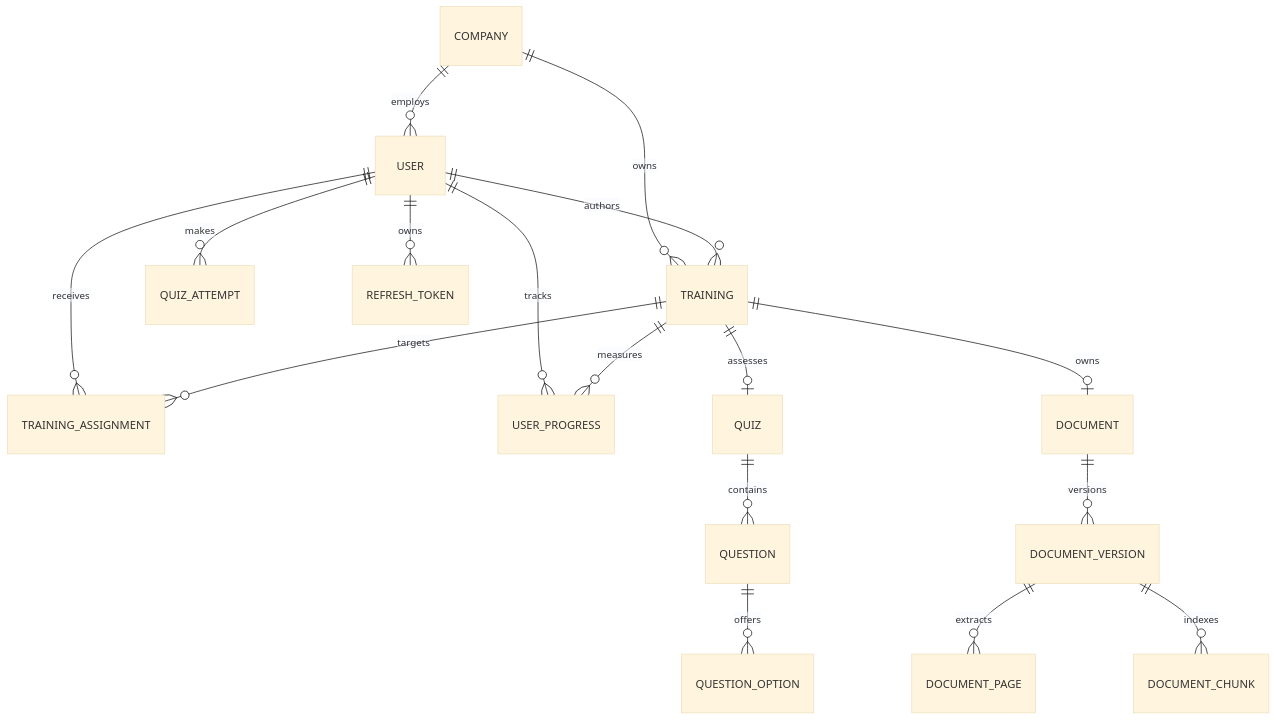
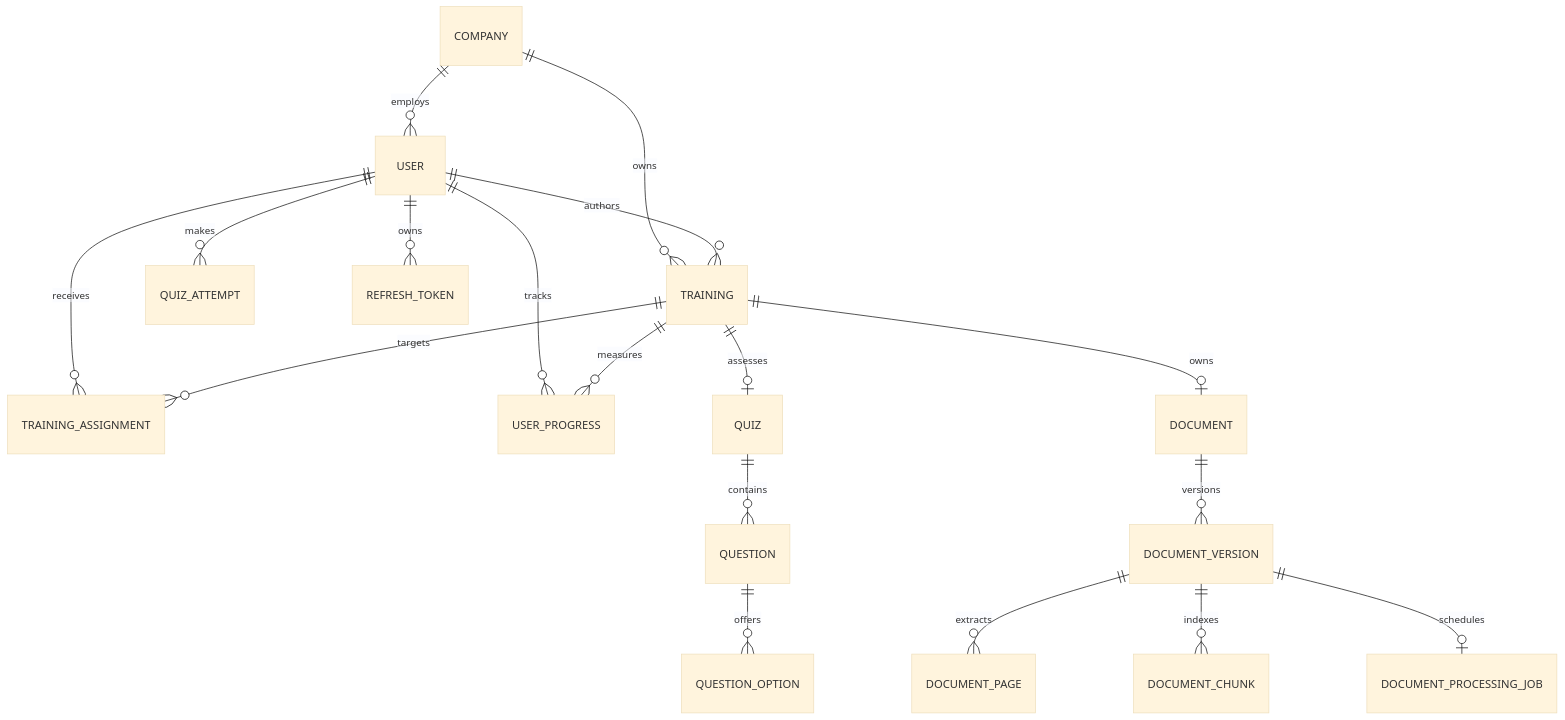
One commit to Leandrosp9/webapp-workflix changed the diagram in docs/database.md. Above: the diagram before and after it, drawn with Mermaid (base theme). The commit also changed other lines of this file and 23 other files, not shown here.

````diff
--- a/docs/database.md
+++ b/docs/database.md
@@ -9,20 +9,21 @@
 ```mermaid
 erDiagram
     COMPANY ||--o{ USER : employs
     COMPANY ||--o{ TRAINING : owns
     USER ||--o{ TRAINING : authors
     USER ||--o{ TRAINING_ASSIGNMENT : receives
     TRAINING ||--o{ TRAINING_ASSIGNMENT : targets
     USER ||--o{ USER_PROGRESS : tracks
     TRAINING ||--o{ USER_PROGRESS : measures
 
     TRAINING ||--o| QUIZ : assesses
     QUIZ ||--o{ QUESTION : contains
     QUESTION ||--o{ QUESTION_OPTION : offers
     USER ||--o{ QUIZ_ATTEMPT : makes
     USER ||--o{ REFRESH_TOKEN : owns
     TRAINING ||--o| DOCUMENT : owns
     DOCUMENT ||--o{ DOCUMENT_VERSION : versions
     DOCUMENT_VERSION ||--o{ DOCUMENT_PAGE : extracts
     DOCUMENT_VERSION ||--o{ DOCUMENT_CHUNK : indexes
+    DOCUMENT_VERSION ||--o| DOCUMENT_PROCESSING_JOB : schedules
 ```
````
